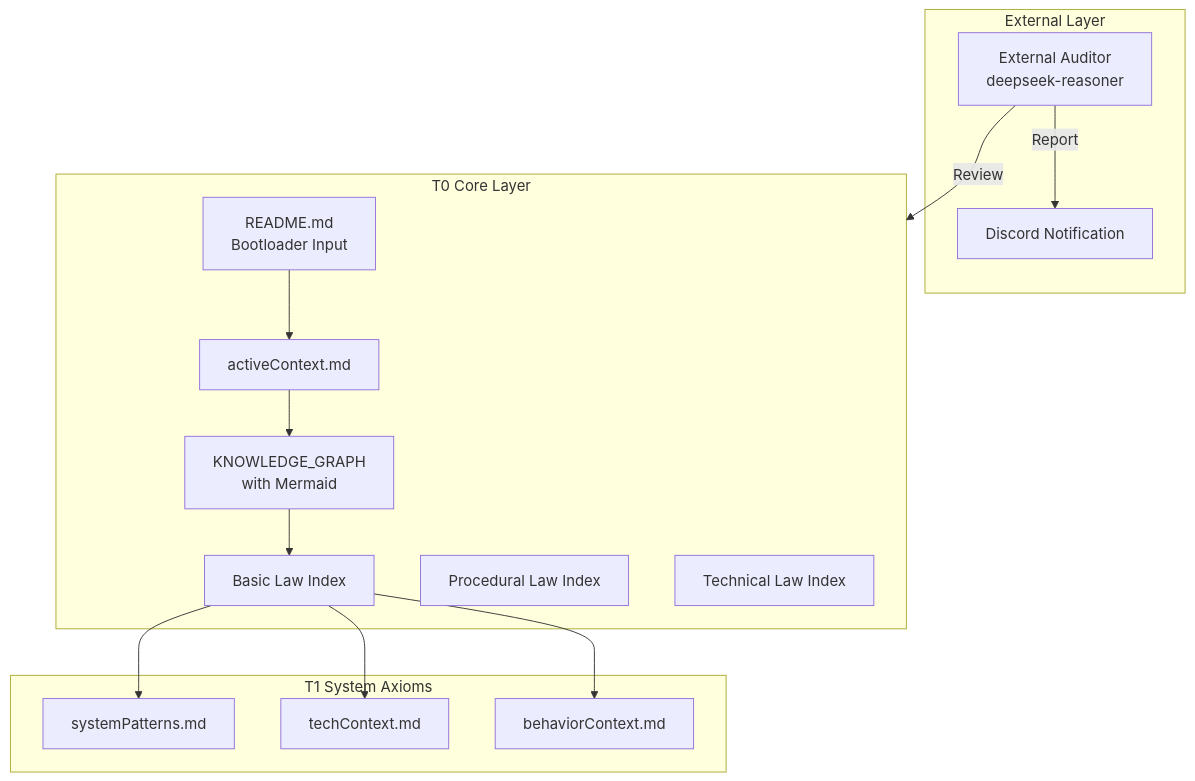
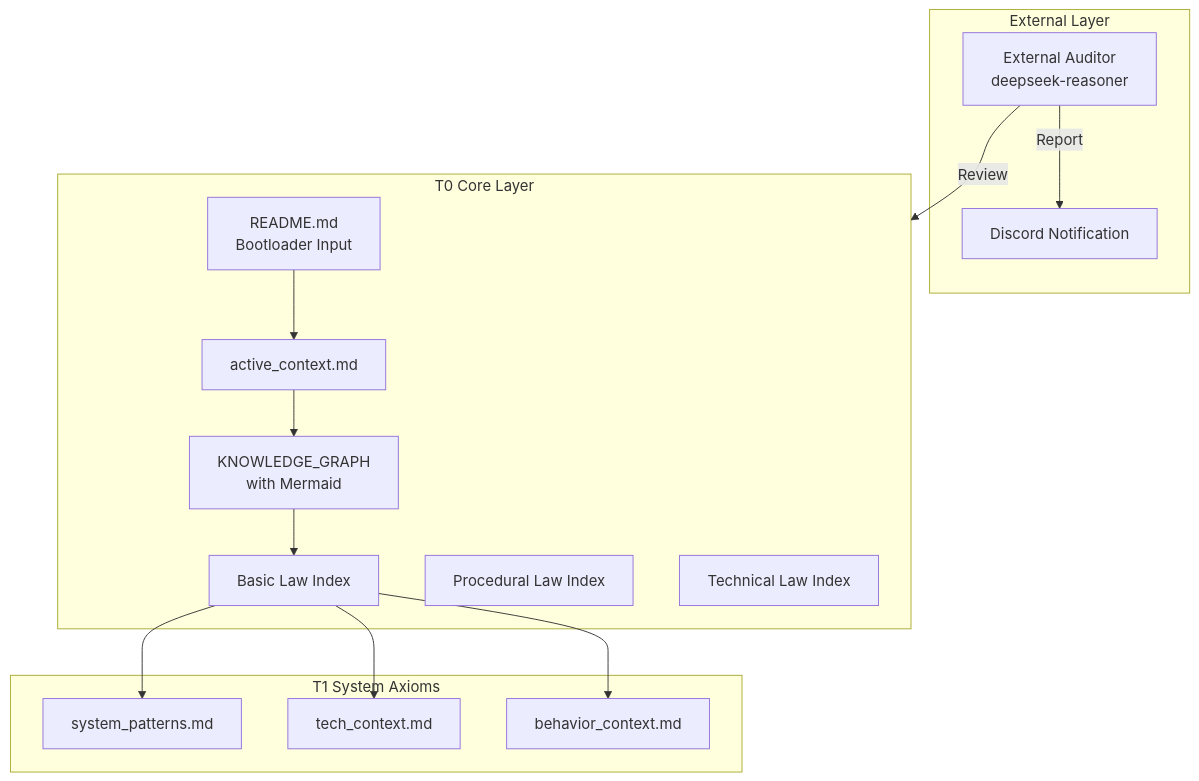
The diagram in README.md (wsman/Constitution-Driven-Development-Skill), drawn with Mermaid before and after one commit. The commit also changed other lines of this file, not shown here.

````diff
--- a/README.md
+++ b/README.md
@@ -36,32 +36,32 @@
 ```mermaid
 graph TD
     subgraph External [External Layer]
         Auditor[External Auditor<br/>deepseek-reasoner]
         Discord[Discord Notification]
     end
     
     subgraph T0 [T0 Core Layer]
         README[README.md<br/>Bootloader Input]
-        ActiveCtx[activeContext.md]
+        ActiveCtx[active_context.md]
         KG[KNOWLEDGE_GRAPH<br/>with Mermaid]
         BasicLaw[Basic Law Index]
         ProcLaw[Procedural Law Index]
         TechLaw[Technical Law Index]
     end
     
     subgraph T1 [T1 System Axioms]
-        SysPatterns[systemPatterns.md]
-        TechCtx[techContext.md]
-        BehaviorCtx[behaviorContext.md]
+        SysPatterns[system_patterns.md]
+        TechCtx[tech_context.md]
+        BehaviorCtx[behavior_context.md]
     end
     
     Auditor -->|Review| T0
     Auditor -->|Report| Discord
     
     README --> ActiveCtx
     ActiveCtx --> KG
     KG --> BasicLaw
     BasicLaw --> SysPatterns
     BasicLaw --> TechCtx
     BasicLaw --> BehaviorCtx
 ```
````
